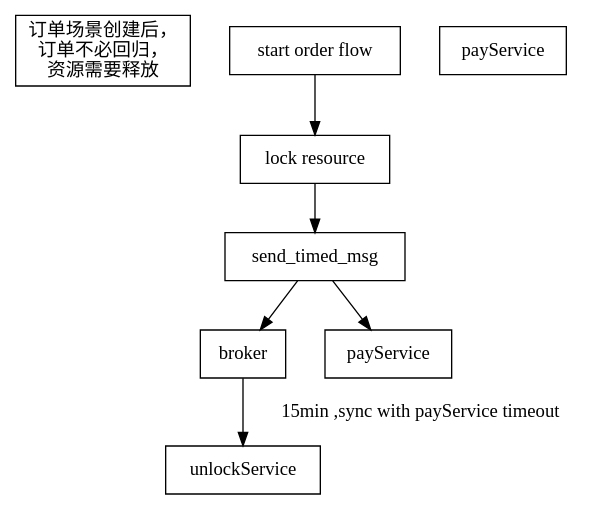
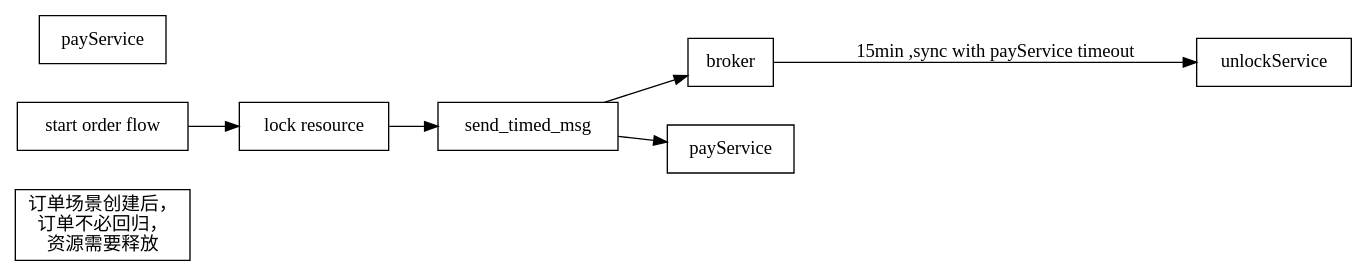
The diagram in rollback_msg.dot (secwang/graphvizSample), drawn with Graphviz before and after one commit. The commit also changed 1 other file, not shown here.

```diff
--- a/rollback_msg.dot
+++ b/rollback_msg.dot
@@ -1,41 +1,41 @@
 digraph show {
     /*
     Author: secwang
     Created: 2016-07-25 16:40
     */
 
     // General layout for the graph
-    // rankdir=LR; // Direction of the graph Left to Right
+     rankdir=LR; // Direction of the graph Left to Right
     sep="+25,25";
     splines=true;
     overlap=scalexy;
     nodesep=0.4;
     ranksep=0.5;
 
      node [style="filled",color=black,shape=box,fillcolor=white]; // Defines the default layout of the nodes
      graph [style=filled, splines=line]; // Fills the subgraphs and defines the layout of the connections
      //edge [arrowhead=none]
      rank = same; // Makes sure that nodes are properly aligned even without a connection
      text [label="订单场景创建后，\n订单不必回归，\n资源需要释放"]
 
      order [label="start order flow"]
 
 
      lock [label="lock resource"]
 
      msg [label="send_timed_msg"]
 
      pay [label="payService"]
 
      broker [label="broker"]
 
      unlock [label="unlockService"]
 
      order -> lock -> msg -> payService
 
      msg -> broker
 
      broker -> unlock[label="15min ,sync with payService timeout"]
 
 
 }
```
